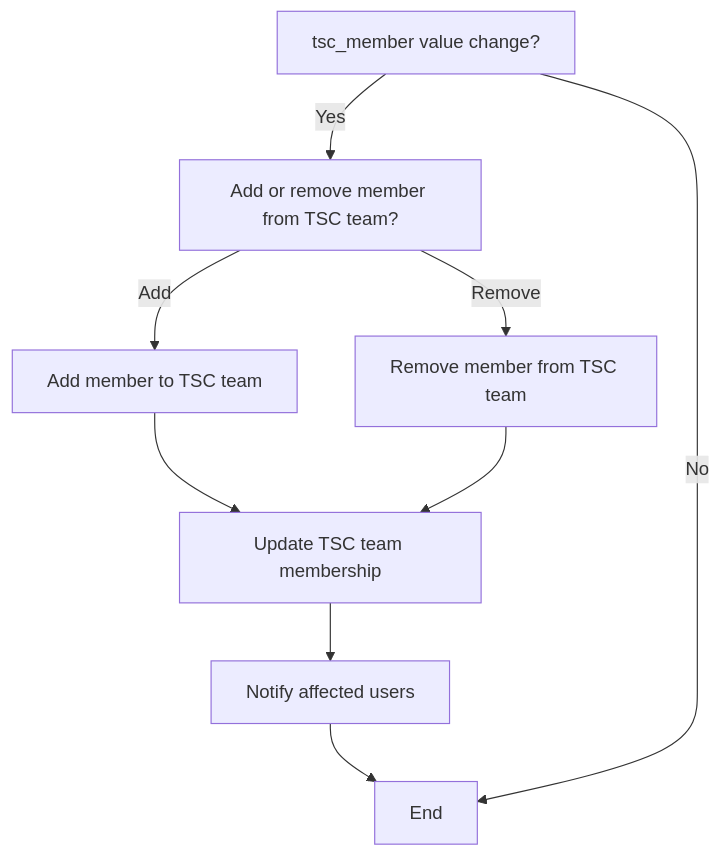
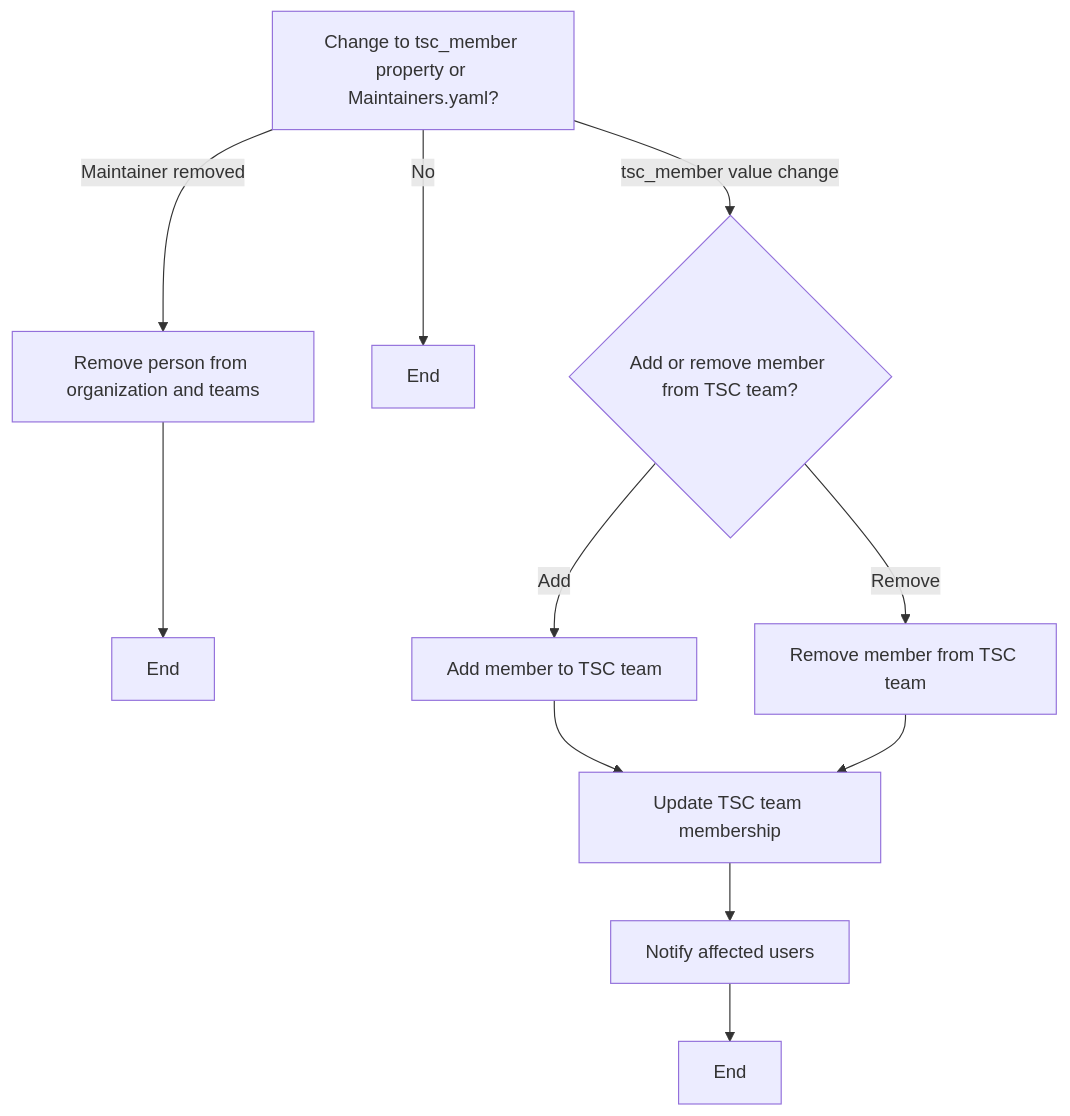
One commit to 14Richa/testRepo changed the eighth of 12 diagrams in scripts/README.md. Above: the diagram before and after it, drawn with Mermaid. The commit also changed other lines of this file, not shown here.

````diff
--- a/scripts/README.md
+++ b/scripts/README.md
@@ -136,12 +149,15 @@
 ```mermaid
 graph TD;
-    A[tsc_member value change?] --> |Yes| B[Add or remove member from TSC team?];
-    B --> |Add| C[Add member to TSC team];
-    B --> |Remove| D[Remove member from TSC team];
-    C --> E[Update TSC team membership];
-    D --> E[Update TSC team membership];
-    E --> F[Notify affected users];
-    F --> G[End];
-    A --> |No| G[End];
+A[Change to tsc_member property or Maintainers.yaml?] --> |Maintainer removed| B[Remove person from organization and teams];
+A --> |No| D[End];
 
+B --> E[End];
+
+A --> |tsc_member value change| F{Add or remove member from TSC team?};
+F --> |Add| G[Add member to TSC team];
+G --> H[Update TSC team membership];
+H --> I[Notify affected users];
+I --> J[End];
+F --> |Remove| K[Remove member from TSC team];
+K --> H;
 ```
````
